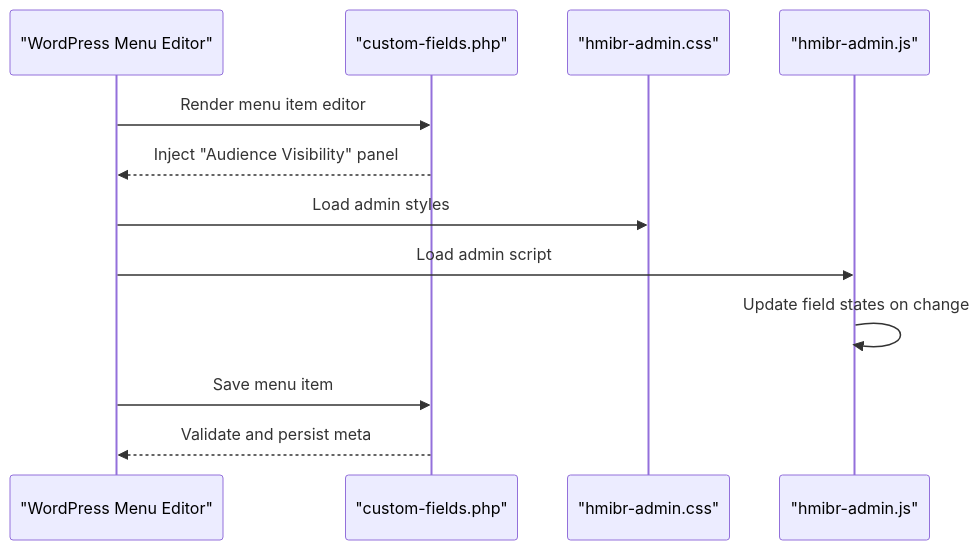
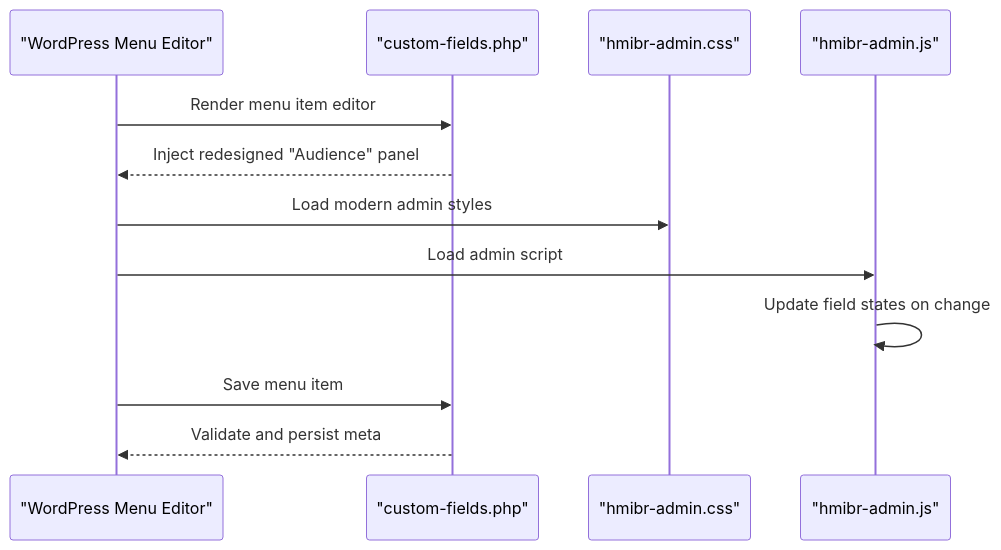
One commit to mahfuzurwp/hide-menu-items-by-role changed the second of 6 diagrams in .qoder/repowiki/en/content/Features Guide/Admin Interface & User Experience.md. Above: the diagram before and after it, drawn with Mermaid. The commit also changed other lines of this file and 20 other files, not shown here.

First line of the commit message:
feat(admin): improve menu item visibility UI and enhance caching

````diff
--- a/.qoder/repowiki/en/content/Features Guide/Admin Interface & User Experience.md
+++ b/.qoder/repowiki/en/content/Features Guide/Admin Interface & User Experience.md
@@ -77,14 +86,14 @@
 ```mermaid
 sequenceDiagram
 participant WP as "WordPress Menu Editor"
 participant PHP as "custom-fields.php"
 participant CSS as "hmibr-admin.css"
 participant JS as "hmibr-admin.js"
 WP->>PHP : Render menu item editor
-PHP-->>WP : Inject "Audience Visibility" panel
-WP->>CSS : Load admin styles
+PHP-->>WP : Inject redesigned "Audience" panel
+WP->>CSS : Load modern admin styles
 WP->>JS : Load admin script
 JS->>JS : Update field states on change
 WP->>PHP : Save menu item
 PHP-->>WP : Validate and persist meta
 ```
````
